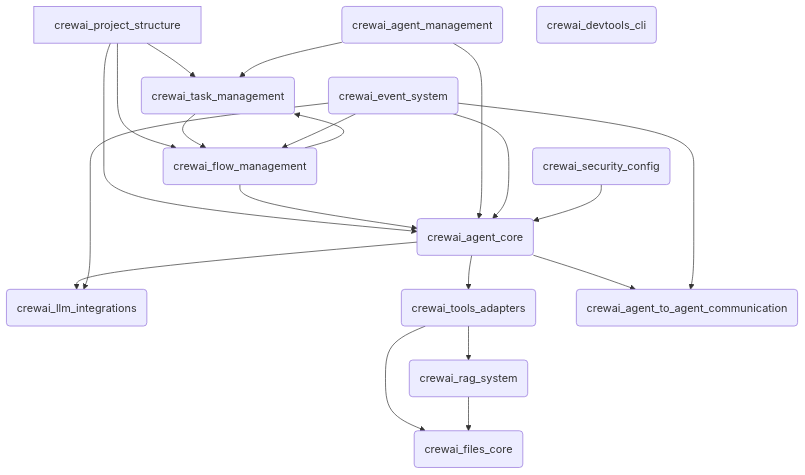
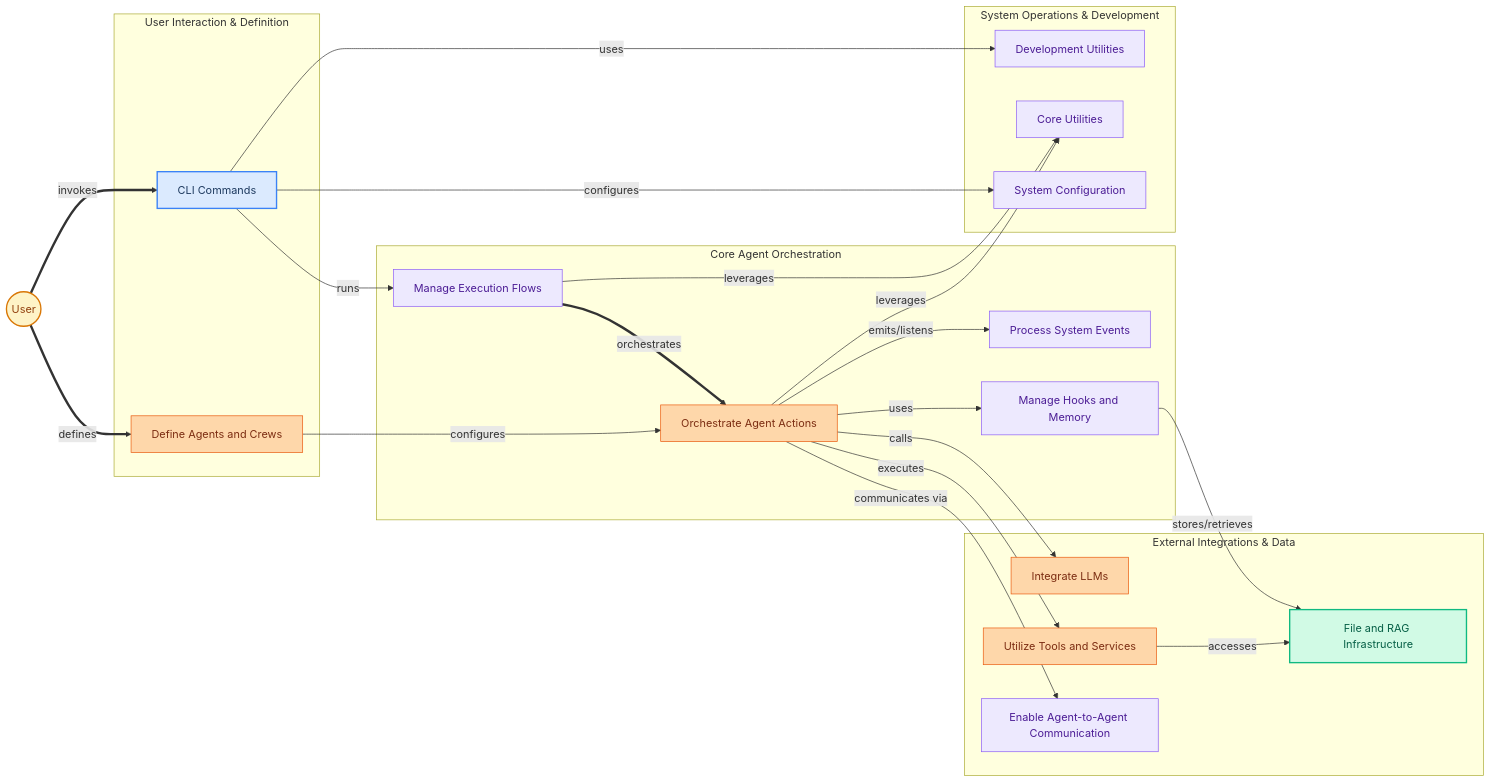
Before and after one commit to ShreyasPatel031/atelier: the diagram in demo/repos/crewai/overview.md, drawn with Mermaid. The commit also changed other lines of this file and 2700 other files, not shown here.

First line of the commit message:
Demo viewer: six curated repos, Pydantic bundle swap, Mermaid styling

````diff
--- a/demo/repos/crewai/overview.md
+++ b/demo/repos/crewai/overview.md
@@ -14,44 +5,89 @@
 ```mermaid
-graph TD
-    A[crewai_project_structure] --> B(crewai_agent_core)
-    A --> C(crewai_task_management)
-    A --> D(crewai_flow_management)
+flowchart LR
+    user(("User"))
 
-    B --> E(crewai_llm_integrations)
-    B --> F(crewai_tools_adapters)
-    B --> G(crewai_agent_to_agent_communication)
+    subgraph user_interaction["User Interaction & Definition"]
+        cli_commands["CLI Commands"]
+        define_crew["Define Agents and Crews"]
+    end
 
-    C --> D
-    D --> B
-    D --> C
+    subgraph core_orchestration["Core Agent Orchestration"]
+        orchestrate_agents["Orchestrate Agent Actions"]
+        manage_flows["Manage Execution Flows"]
+        handle_events["Process System Events"]
+        hooks_memory["Manage Hooks and Memory"]
+    end
 
-    F --> H(crewai_rag_system)
-    F --> I(crewai_files_core)
+    subgraph external_integrations["External Integrations & Data"]
+        integrate_llms["Integrate LLMs"]
+        use_tools["Utilize Tools and Services"]
+        a2a_comm["Enable Agent-to-Agent Communication"]
+        file_rag_infra["File and RAG Infrastructure"]
+    end
 
-    H --> I
+    subgraph system_ops["System Operations & Development"]
+        dev_utils["Development Utilities"]
+        core_utils["Core Utilities"]
+        system_config["System Configuration"]
+    end
 
-    J(crewai_agent_management) --> B
-    J --> C
+    %% User Flow
+    user ==>|"invokes"| cli_commands
+    user ==>|"defines"| define_crew
 
-    K(crewai_event_system) --> B
-    K --> E
-    K --> G
-    K --> D
+    %% Core Orchestration Flow
+    cli_commands -->|"runs"| manage_flows
+    define_crew -->|"configures"| orchestrate_agents
+    manage_flows ==>|"orchestrates"| orchestrate_agents
+    orchestrate_agents -->|"emits/listens"| handle_events
+    orchestrate_agents -->|"uses"| hooks_memory
 
-    L(crewai_security_config) --> B
-    M(crewai_devtools_cli)
+    %% Integrations Flow
+    orchestrate_agents -->|"calls"| integrate_llms
+    orchestrate_agents -->|"executes"| use_tools
+    orchestrate_agents -->|"communicates via"| a2a_comm
+    use_tools -->|"accesses"| file_rag_infra
+    hooks_memory -->|"stores/retrieves"| file_rag_infra
 
-    click A "crewai_project_structure.md" "View Project Structure Documentation"
-    click B "crewai_agent_core.md" "View Agent Core Documentation"
-    click C "crewai_task_management.md" "View Task Management Documentation"
-    click D "crewai_flow_management.md" "View Flow Management Documentation"
-    click E "crewai_llm_integrations.md" "View LLM Integrations Documentation"
-    click F "crewai_tools_adapters.md" "View Tools Adapters Documentation"
-    click G "crewai_agent_to_agent_communication.md" "View Agent-to-Agent Communication Documentation"
-    click H "crewai_rag_system.md" "View RAG System Documentation"
-    click I "crewai_files_core.md" "View File Handling Core Documentation"
-    click J "crewai_agent_management.md" "View Agent Management Documentation"
-    click K "crewai_event_system.md" "View Event System Documentation"
-    click L "crewai_security_config.md" "View Security Config Documentation"
-    click M "crewai_devtools_cli.md" "View DevTools CLI Documentation"
+    %% System Ops Flow
+    cli_commands -->|"uses"| dev_utils
+    cli_commands -->|"configures"| system_config
+    orchestrate_agents -->|"leverages"| core_utils
+    manage_flows -->|"leverages"| core_utils
+
+    %% Class Definitions
+    classDef userNode fill:#fef3c7,stroke:#d97706,stroke-width:2px,color:#92400e
+    classDef surface fill:#dbeafe,stroke:#3b82f6,stroke-width:2px,color:#1e3a5f
+    classDef data fill:#d1fae5,stroke:#10b981,stroke-width:2px,color:#065f46
+    classDef generative fill:#fed7aa,stroke:#ea580c,stroke-width:1px,color:#7c2d12
+    classDef analytical fill:#ede9fe,stroke:#8b5cf6,stroke-width:1px,color:#4c1d95
+
+    class user userNode
+    class cli_commands surface
+    class define_crew generative
+    class orchestrate_agents generative
+    class manage_flows analytical
+    class handle_events analytical
+    class hooks_memory analytical
+    class integrate_llms generative
+    class use_tools generative
+    class a2a_comm analytical
+    class file_rag_infra data
+    class dev_utils analytical
+    class core_utils analytical
+    class system_config analytical
+
+    click cli_commands "cli_commands.md" "View CLI Commands"
+    click define_crew "project_structure.md" "View Project Structure and Annotations"
+    click orchestrate_agents "agent_orchestration.md" "View Agent Orchestration"
+    click manage_flows "flow_management.md" "View Flow Management"
+    click handle_events "event_system.md" "View Event System"
+    click hooks_memory "hooks_and_memory.md" "View Hooks and Memory"
+    click integrate_llms "llm_integrations.md" "View LLM Integrations"
+    click use_tools "tools_and_integrations.md" "View Tools and Integrations"
+    click a2a_comm "a2a_communication.md" "View A2A Communication"
+    click file_rag_infra "file_and_rag_infra.md" "View File and RAG Infrastructure"
+    click dev_utils "development_tools.md" "View Development Tools"
+    click core_utils "core_utilities.md" "View Core Utilities"
+    click system_config "system_config.md" "View System Configuration"
 ```
````
